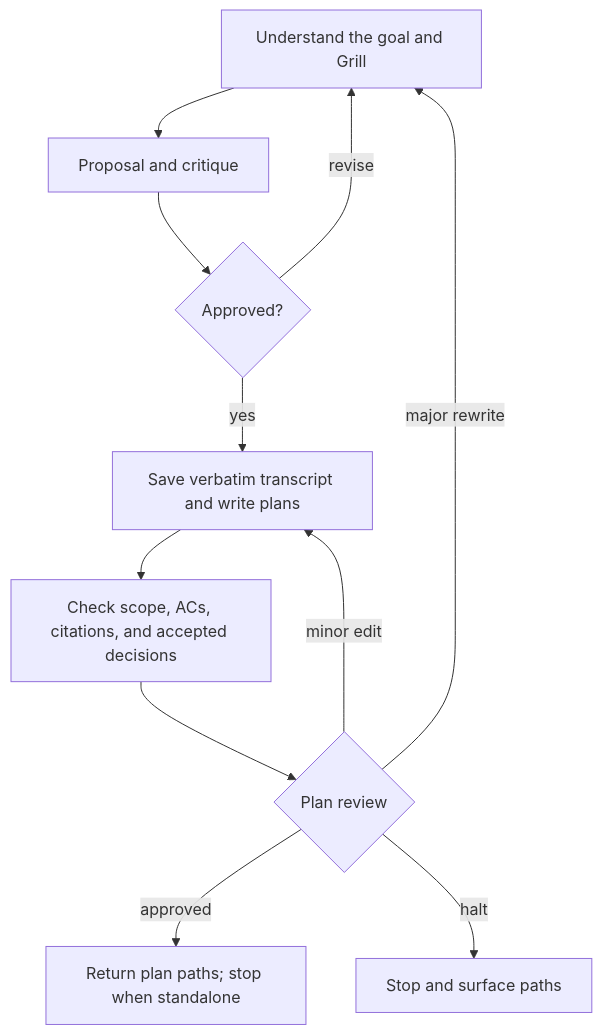
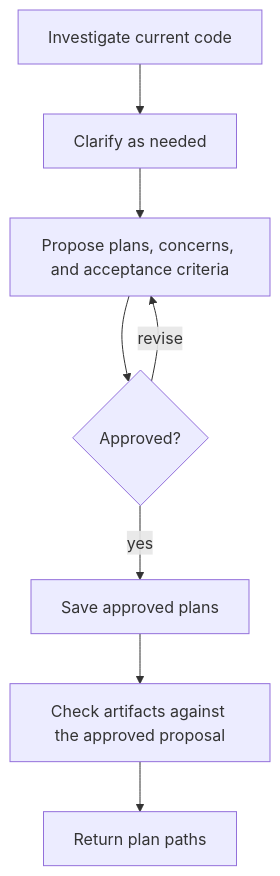
Before and after one commit to mrStorrs/dreamers-copilot: the diagram in .github/skills/dreamers-plan/readme.md, drawn with Mermaid. The commit also changed other lines of this file and 24 other files, not shown here.

````diff
--- a/.github/skills/dreamers-plan/readme.md
+++ b/.github/skills/dreamers-plan/readme.md
@@ -5,13 +5,10 @@
 ```mermaid
 flowchart TD
-    G[Understand the goal and Grill] --> P[Proposal and critique]
+    I[Investigate current code] --> Q[Clarify as needed]
+    Q --> P[Propose plans, concerns, and acceptance criteria]
     P --> A{Approved?}
-    A -->|revise| G
-    A -->|yes| W[Save verbatim transcript and write plans]
-    W --> C[Check scope, ACs, citations, and accepted decisions]
-    C --> R{Plan review}
-    R -->|minor edit| W
-    R -->|major rewrite| G
-    R -->|approved| E[Return plan paths; stop when standalone]
-    R -->|halt| H[Stop and surface paths]
+    A -->|revise| P
+    A -->|yes| W[Save approved plans]
+    W --> C[Check artifacts against the approved proposal]
+    C --> E[Return plan paths]
 ```
````
